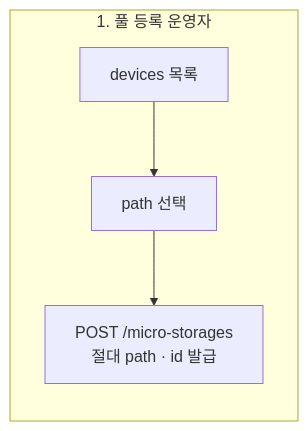
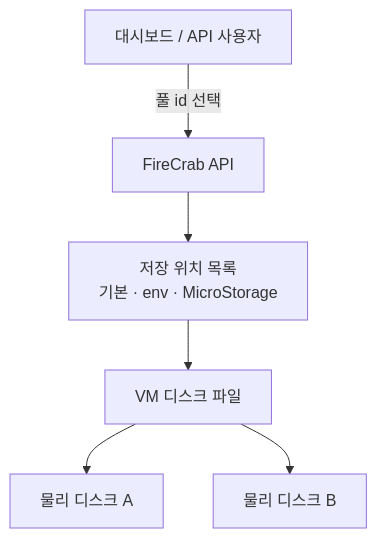
Before and after one commit to SteelCrab/firecrab-page: the diagram in docs-site/blog/2026-07-31-microstorage.md, drawn with Mermaid. The commit also changed other lines of this file, not shown here.

First line of the commit message:
blog: rewrite MicroStorage for general developers

````diff
--- a/docs-site/blog/2026-07-31-microstorage.md
+++ b/docs-site/blog/2026-07-31-microstorage.md
@@ -83,6 +100,15 @@
 ```mermaid
-flowchart LR
-  subgraph reg["1. 풀 등록 운영자"]
-    d1["devices 목록"] --> d2["path 선택"] --> d3["POST /micro-storages<br/>절대 path · id 발급"]
-  end
+flowchart TB
+  ui["대시보드 / API 사용자"]
+  api["FireCrab API"]
+  pools["저장 위치 목록<br/>기본 · env · MicroStorage"]
+  files["VM 디스크 파일"]
+  diskA["물리 디스크 A"]
+  diskB["물리 디스크 B"]
+
+  ui -->|"풀 id 선택"| api
+  api --> pools
+  pools --> files
+  files --> diskA
+  files --> diskB
 ```
````
